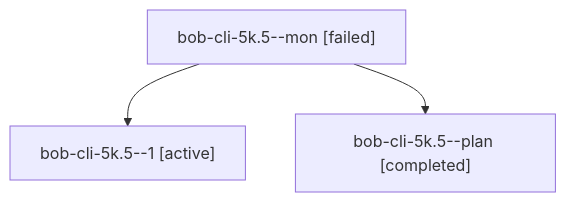
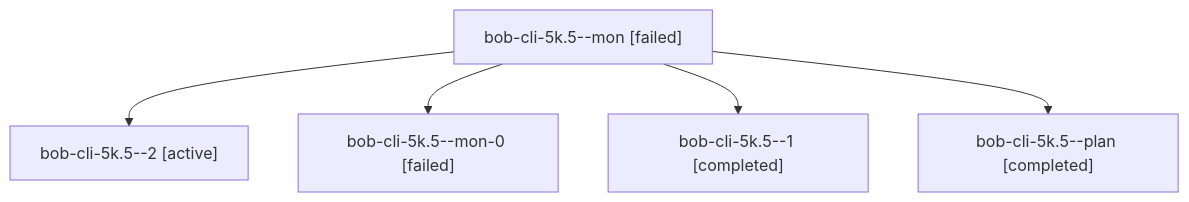
The diagram in sessions/bbugyi200.athena.bob-cli-5k.5.md (bobs-org/bob-cli--agents), drawn with Mermaid before and after one commit. The commit also changed other lines of this file and 57 other files, not shown here.

````diff
--- a/sessions/bbugyi200.athena.bob-cli-5k.5.md
+++ b/sessions/bbugyi200.athena.bob-cli-5k.5.md
@@ -9,8 +9,12 @@
 ```mermaid
 flowchart TD
   n0["bob-cli-5k.5--mon [failed]"]
-  n1["bob-cli-5k.5--1 [active]"]
+  n1["bob-cli-5k.5--2 [active]"]
   n0 --> n1
-  n2["bob-cli-5k.5--plan [completed]"]
+  n2["bob-cli-5k.5--mon-0 [failed]"]
   n0 --> n2
+  n3["bob-cli-5k.5--1 [completed]"]
+  n0 --> n3
+  n4["bob-cli-5k.5--plan [completed]"]
+  n0 --> n4
 ```
````
